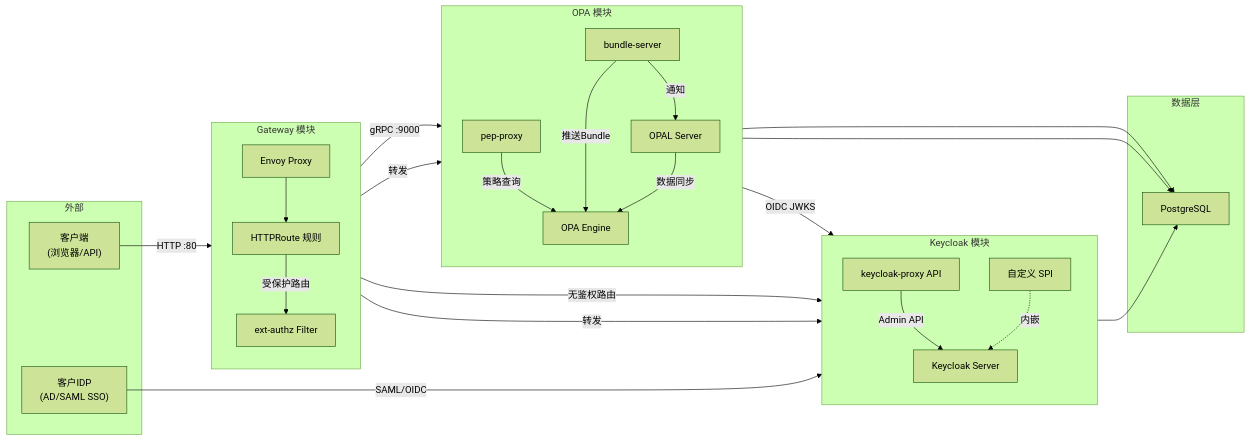
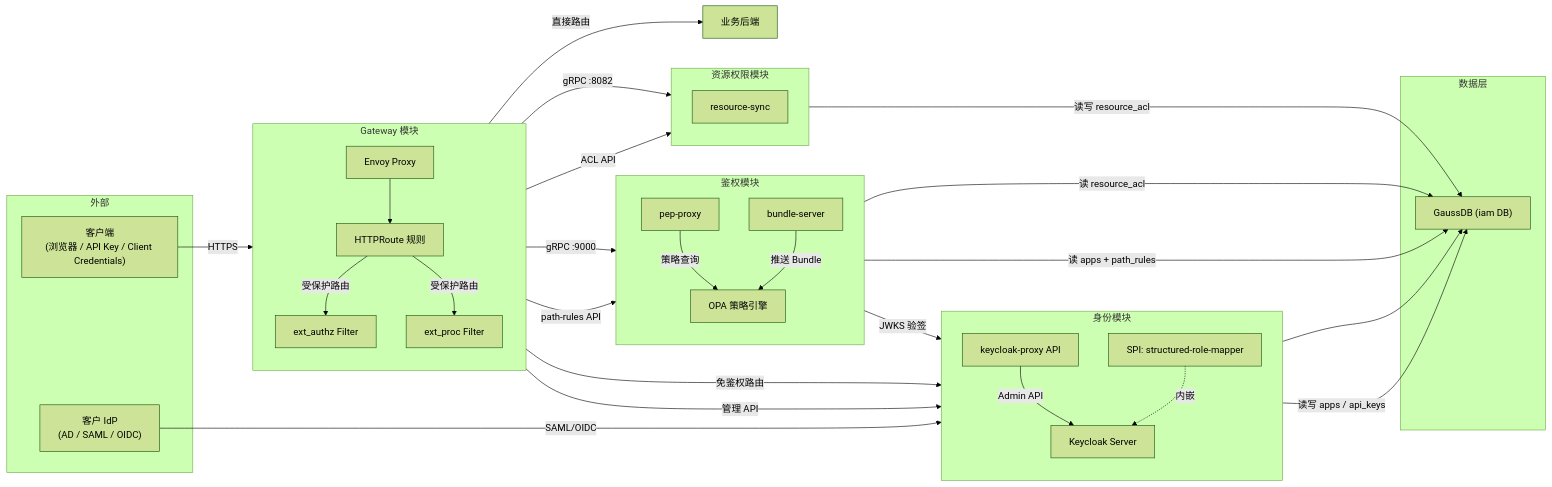
The tenth of 17 diagrams in da-cluster/docs/design-specification.md (xiewanchao/aidp-iam), drawn with Mermaid (forest theme) before and after one commit. The commit also changed other lines of this file, not shown here.

First line of the commit message:
docs: update design-specification with v2.0 architecture diagrams

````diff
--- a/da-cluster/docs/design-specification.md
+++ b/da-cluster/docs/design-specification.md
@@ -466,55 +596,64 @@
 ```mermaid
 graph LR
     subgraph External[外部]
-        CLIENT["客户端<br/>(浏览器/API)"]
-        IDP["客户IDP<br/>(AD/SAML SSO)"]
+        CLIENT["客户端<br/>(浏览器 / API Key / Client Credentials)"]
+        IDP["客户 IdP<br/>(AD / SAML / OIDC)"]
     end
 
     subgraph GW[Gateway 模块]
         direction TB
         GW_PROXY["Envoy Proxy"]
-        GW_EXTAUTH["ext-authz Filter"]
+        GW_EXTAUTH["ext_authz Filter"]
+        GW_EXTPROC["ext_proc Filter"]
         GW_ROUTE["HTTPRoute 规则"]
     end
 
-    subgraph KC[Keycloak 模块]
+    subgraph KC[身份模块]
         direction TB
         KC_SERVER["Keycloak Server"]
         KC_PROXY["keycloak-proxy API"]
-        KC_SPI["自定义 SPI"]
+        KC_SPI["SPI: structured-role-mapper"]
     end
 
-    subgraph OPA[OPA 模块]
+    subgraph OPA[鉴权模块]
         direction TB
         PEP["pep-proxy"]
-        OPA_ENGINE["OPA Engine"]
+        OPA_ENGINE["OPA 策略引擎"]
         BUNDLE_SRV["bundle-server"]
-        OPAL["OPAL Server"]
+    end
+
+    subgraph RSYNC[资源权限模块]
+        direction TB
+        RS["resource-sync"]
     end
 
     subgraph DATA[数据层]
-        PG["PostgreSQL"]
+        PG["GaussDB (iam DB)"]
     end
 
-    CLIENT -->|HTTP :80| GW_PROXY
+    CLIENT -->|HTTPS| GW_PROXY
     GW_PROXY --> GW_ROUTE
-    GW_ROUTE -->|无鉴权路由| KC_SERVER
+    GW_ROUTE -->|免鉴权路由| KC_SERVER
     GW_ROUTE -->|受保护路由| GW_EXTAUTH
     GW_EXTAUTH -->|gRPC :9000| PEP
-    GW_ROUTE -->|转发| KC_PROXY
-    GW_ROUTE -->|转发| PEP
+    GW_ROUTE -->|受保护路由| GW_EXTPROC
+    GW_EXTPROC -->|gRPC :8082| RS
+    GW_ROUTE -->|管理 API| KC_PROXY
+    GW_ROUTE -->|path-rules API| PEP
+    GW_ROUTE -->|ACL API| RS
+    GW_ROUTE -->|直接路由| BIZ["业务后端"]
 
     IDP -->|SAML/OIDC| KC_SERVER
     KC_PROXY -->|Admin API| KC_SERVER
     KC_SPI -.->|内嵌| KC_SERVER
 
-    PEP -->|OIDC JWKS| KC_SERVER
+    PEP -->|JWKS 验签| KC_SERVER
     PEP -->|策略查询| OPA_ENGINE
-    BUNDLE_SRV -->|推送Bundle| OPA_ENGINE
-    BUNDLE_SRV -->|通知| OPAL
-    OPAL -->|数据同步| OPA_ENGINE
+    PEP -->|读 resource_acl| PG
+    BUNDLE_SRV -->|推送 Bundle| OPA_ENGINE
+    BUNDLE_SRV -->|读 apps + path_rules| PG
 
+    RS -->|读写 resource_acl| PG
     KC_SERVER --> PG
-    BUNDLE_SRV --> PG
-    OPAL --> PG
+    KC_PROXY -->|读写 apps / api_keys| PG
 ```
````
